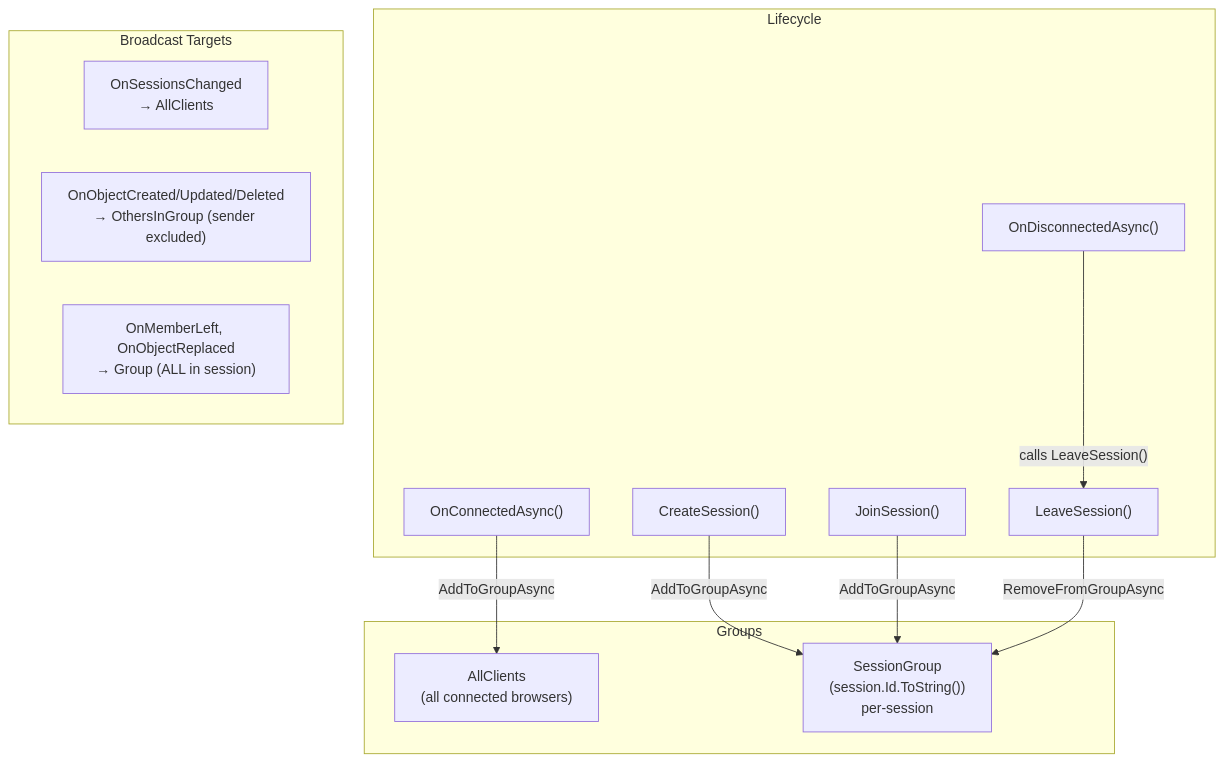
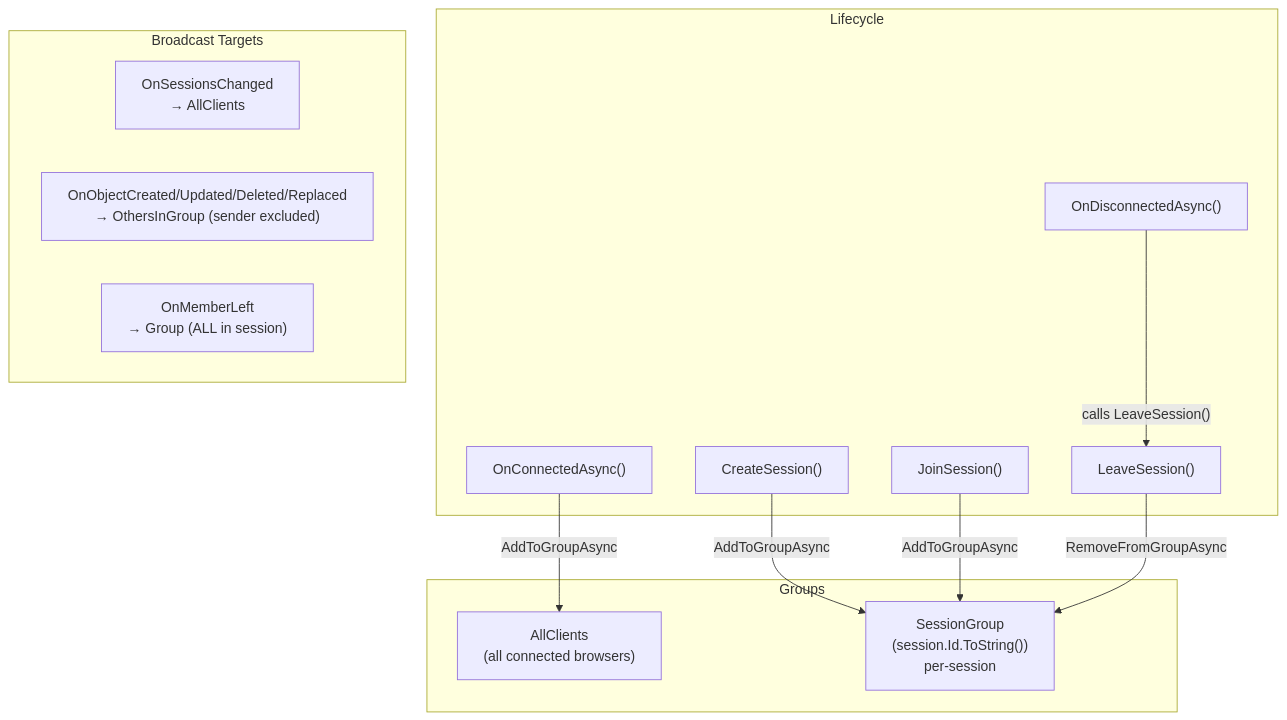
Diagram 14 of 36 in ARCHITECTURE.md (badvoidstar/astervoids), drawn with Mermaid before and after one commit. The commit also changed other lines of this file and 29 other files, not shown here.

````diff
--- a/ARCHITECTURE.md
+++ b/ARCHITECTURE.md
@@ -812,21 +835,21 @@
 ```mermaid
 flowchart TB
     subgraph "Groups"
         AC["AllClients<br/>(all connected browsers)"]
         SG["SessionGroup<br/>(session.Id.ToString())<br/>per-session"]
     end
 
     subgraph "Lifecycle"
         CONN["OnConnectedAsync()"] -->|"AddToGroupAsync"| AC
         CRS["CreateSession()"] -->|"AddToGroupAsync"| SG
         JN["JoinSession()"] -->|"AddToGroupAsync"| SG
         LV["LeaveSession()"] -->|"RemoveFromGroupAsync"| SG
         DC["OnDisconnectedAsync()"] -->|"calls LeaveSession()"| LV
     end
 
     subgraph "Broadcast Targets"
         ALL_BC["OnSessionsChanged<br/>→ AllClients"]
-        OTHERS["OnObjectCreated/Updated/Deleted<br/>→ OthersInGroup (sender excluded)"]
-        GROUP["OnMemberLeft, OnObjectReplaced<br/>→ Group (ALL in session)"]
+        OTHERS["OnObjectCreated/Updated/Deleted/Replaced<br/>→ OthersInGroup (sender excluded)"]
+        GROUP["OnMemberLeft<br/>→ Group (ALL in session)"]
     end
 ```
````
